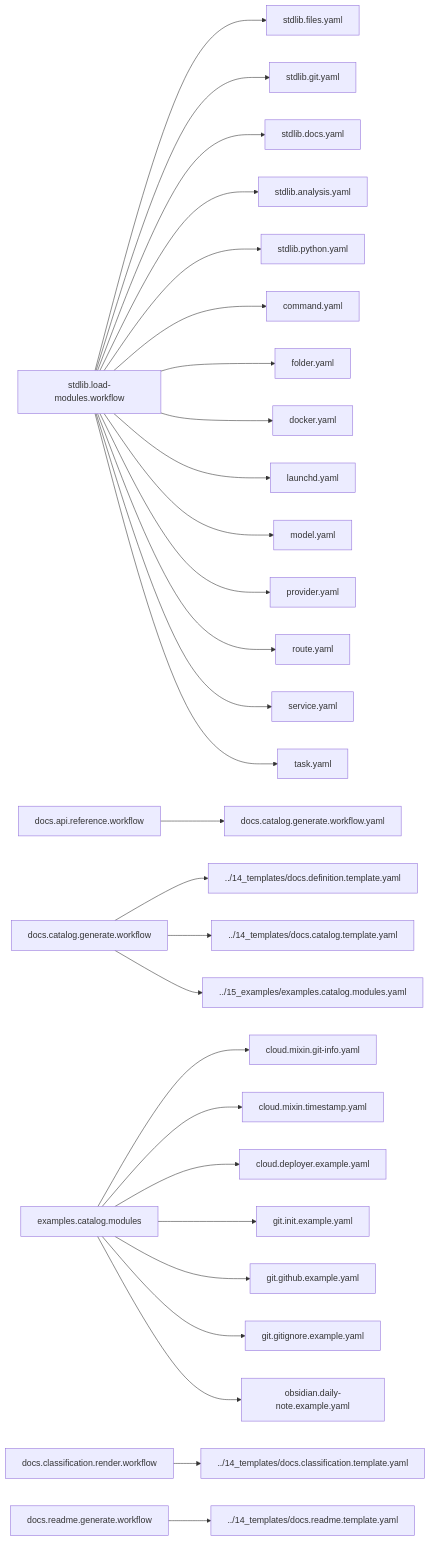
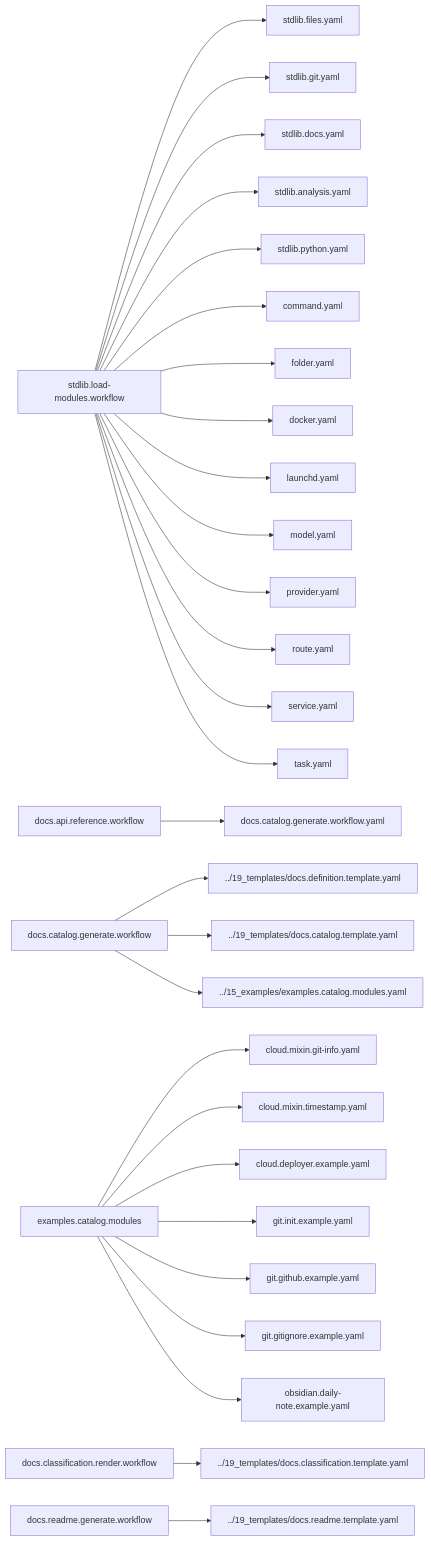
Before and after one commit to kieferwaight/LocalFabric: the second of 2 diagrams in 18_docs/index.md, drawn with Mermaid. The commit also changed other lines of this file and 226 other files, not shown here.

````diff
--- a/18_docs/index.md
+++ b/18_docs/index.md
@@ -965,30 +965,30 @@
 ```mermaid
 flowchart LR
 def_stdlib_load_modules_workflow["stdlib.load-modules.workflow"] --> def_stdlib_load_modules_workflow_module_1["stdlib.files.yaml"]
 def_stdlib_load_modules_workflow["stdlib.load-modules.workflow"] --> def_stdlib_load_modules_workflow_module_2["stdlib.git.yaml"]
 def_stdlib_load_modules_workflow["stdlib.load-modules.workflow"] --> def_stdlib_load_modules_workflow_module_3["stdlib.docs.yaml"]
 def_stdlib_load_modules_workflow["stdlib.load-modules.workflow"] --> def_stdlib_load_modules_workflow_module_4["stdlib.analysis.yaml"]
 def_stdlib_load_modules_workflow["stdlib.load-modules.workflow"] --> def_stdlib_load_modules_workflow_module_5["stdlib.python.yaml"]
 def_stdlib_load_modules_workflow["stdlib.load-modules.workflow"] --> def_stdlib_load_modules_workflow_module_6["command.yaml"]
 def_stdlib_load_modules_workflow["stdlib.load-modules.workflow"] --> def_stdlib_load_modules_workflow_module_7["folder.yaml"]
 def_stdlib_load_modules_workflow["stdlib.load-modules.workflow"] --> def_stdlib_load_modules_workflow_module_8["docker.yaml"]
 def_stdlib_load_modules_workflow["stdlib.load-modules.workflow"] --> def_stdlib_load_modules_workflow_module_9["launchd.yaml"]
 def_stdlib_load_modules_workflow["stdlib.load-modules.workflow"] --> def_stdlib_load_modules_workflow_module_10["model.yaml"]
 def_stdlib_load_modules_workflow["stdlib.load-modules.workflow"] --> def_stdlib_load_modules_workflow_module_11["provider.yaml"]
 def_stdlib_load_modules_workflow["stdlib.load-modules.workflow"] --> def_stdlib_load_modules_workflow_module_12["route.yaml"]
 def_stdlib_load_modules_workflow["stdlib.load-modules.workflow"] --> def_stdlib_load_modules_workflow_module_13["service.yaml"]
 def_stdlib_load_modules_workflow["stdlib.load-modules.workflow"] --> def_stdlib_load_modules_workflow_module_14["task.yaml"]
 def_docs_api_reference_workflow["docs.api.reference.workflow"] --> def_docs_api_reference_workflow_module_1["docs.catalog.generate.workflow.yaml"]
-def_docs_catalog_generate_workflow["docs.catalog.generate.workflow"] --> def_docs_catalog_generate_workflow_module_1["../14_templates/docs.definition.template.yaml"]
-def_docs_catalog_generate_workflow["docs.catalog.generate.workflow"] --> def_docs_catalog_generate_workflow_module_2["../14_templates/docs.catalog.template.yaml"]
+def_docs_catalog_generate_workflow["docs.catalog.generate.workflow"] --> def_docs_catalog_generate_workflow_module_1["../19_templates/docs.definition.template.yaml"]
+def_docs_catalog_generate_workflow["docs.catalog.generate.workflow"] --> def_docs_catalog_generate_workflow_module_2["../19_templates/docs.catalog.template.yaml"]
 def_docs_catalog_generate_workflow["docs.catalog.generate.workflow"] --> def_docs_catalog_generate_workflow_module_3["../15_examples/examples.catalog.modules.yaml"]
 def_examples_catalog_modules["examples.catalog.modules"] --> def_examples_catalog_modules_module_1["cloud.mixin.git-info.yaml"]
 def_examples_catalog_modules["examples.catalog.modules"] --> def_examples_catalog_modules_module_2["cloud.mixin.timestamp.yaml"]
 def_examples_catalog_modules["examples.catalog.modules"] --> def_examples_catalog_modules_module_3["cloud.deployer.example.yaml"]
 def_examples_catalog_modules["examples.catalog.modules"] --> def_examples_catalog_modules_module_4["git.init.example.yaml"]
 def_examples_catalog_modules["examples.catalog.modules"] --> def_examples_catalog_modules_module_5["git.github.example.yaml"]
 def_examples_catalog_modules["examples.catalog.modules"] --> def_examples_catalog_modules_module_6["git.gitignore.example.yaml"]
 def_examples_catalog_modules["examples.catalog.modules"] --> def_examples_catalog_modules_module_7["obsidian.daily-note.example.yaml"]
-def_docs_classification_render_workflow["docs.classification.render.workflow"] --> def_docs_classification_render_workflow_module_1["../14_templates/docs.classification.template.yaml"]
-def_docs_readme_generate_workflow["docs.readme.generate.workflow"] --> def_docs_readme_generate_workflow_module_1["../14_templates/docs.readme.template.yaml"]
+def_docs_classification_render_workflow["docs.classification.render.workflow"] --> def_docs_classification_render_workflow_module_1["../19_templates/docs.classification.template.yaml"]
+def_docs_readme_generate_workflow["docs.readme.generate.workflow"] --> def_docs_readme_generate_workflow_module_1["../19_templates/docs.readme.template.yaml"]
 ```
````
